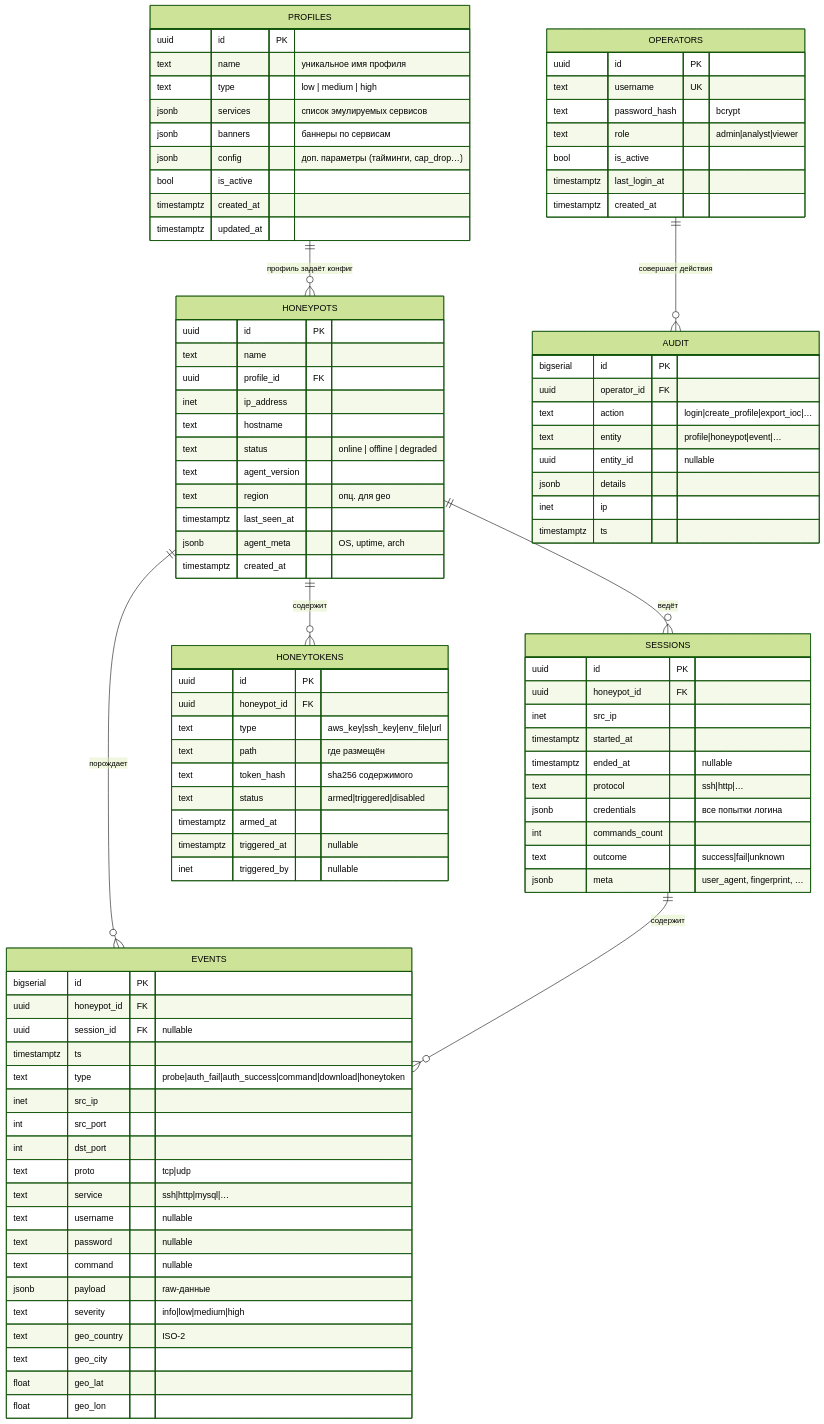
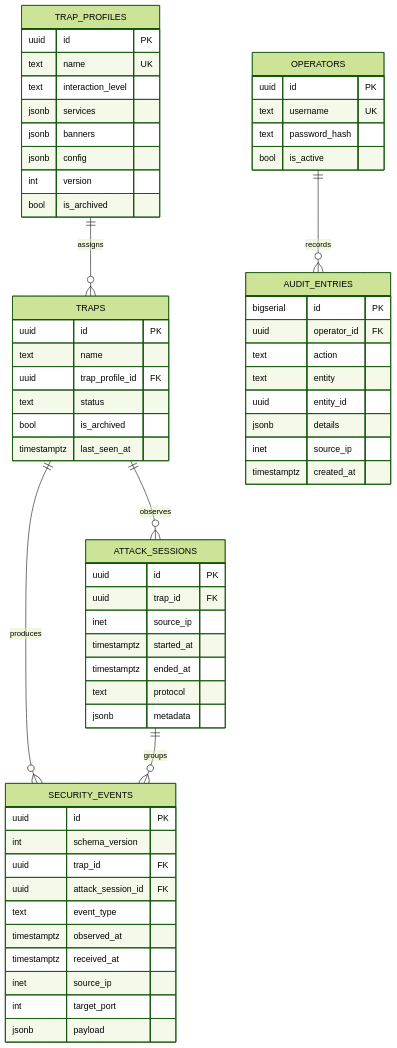
One commit to ArtiKn/HoneyForge changed the diagram in docs/database.mmd. Above: the diagram before and after it, drawn with Mermaid (forest theme). The commit also changed 29 other files, not shown here.

```diff
--- a/docs/database.mmd
+++ b/docs/database.mmd
@@ -1,101 +1,13 @@
 erDiagram
-    PROFILES ||--o{ HONEYPOTS : "профиль задаёт конфиг"
-    HONEYPOTS ||--o{ EVENTS : "порождает"
-    HONEYPOTS ||--o{ SESSIONS : "ведёт"
-    SESSIONS ||--o{ EVENTS : "содержит"
-    HONEYPOTS ||--o{ HONEYTOKENS : "содержит"
-    OPERATORS ||--o{ AUDIT : "совершает действия"
+    TRAP_PROFILES ||--o{ TRAPS : assigns
+    TRAPS ||--o{ ATTACK_SESSIONS : observes
+    TRAPS ||--o{ SECURITY_EVENTS : produces
+    ATTACK_SESSIONS ||--o{ SECURITY_EVENTS : groups
+    OPERATORS ||--o{ AUDIT_ENTRIES : records
 
-    PROFILES {
-        uuid id PK
-        text name "уникальное имя профиля"
-        text type "low | medium | high"
-        jsonb services "список эмулируемых сервисов"
-        jsonb banners "баннеры по сервисам"
-        jsonb config "доп. параметры (тайминги, cap_drop…)"
-        bool is_active
-        timestamptz created_at
-        timestamptz updated_at
-    }
-
-    HONEYPOTS {
-        uuid id PK
-        text name
-        uuid profile_id FK
-        inet ip_address
-        text hostname
-        text status "online | offline | degraded"
-        text agent_version
-        text region "опц. для geo"
-        timestamptz last_seen_at
-        jsonb agent_meta "OS, uptime, arch"
-        timestamptz created_at
-    }
-
-    EVENTS {
-        bigserial id PK
-        uuid honeypot_id FK
-        uuid session_id FK "nullable"
-        timestamptz ts
-        text type "probe|auth_fail|auth_success|command|download|honeytoken"
-        inet src_ip
-        int src_port
-        int dst_port
-        text proto "tcp|udp"
-        text service "ssh|http|mysql|…"
-        text username "nullable"
-        text password "nullable"
-        text command "nullable"
-        jsonb payload "raw-данные"
-        text severity "info|low|medium|high"
-        text geo_country "ISO-2"
-        text geo_city
-        float geo_lat
-        float geo_lon
-    }
-
-    SESSIONS {
-        uuid id PK
-        uuid honeypot_id FK
-        inet src_ip
-        timestamptz started_at
-        timestamptz ended_at "nullable"
-        text protocol "ssh|http|…"
-        jsonb credentials "все попытки логина"
-        int commands_count
-        text outcome "success|fail|unknown"
-        jsonb meta "user_agent, fingerprint, …"
-    }
-
-    HONEYTOKENS {
-        uuid id PK
-        uuid honeypot_id FK
-        text type "aws_key|ssh_key|env_file|url"
-        text path "где размещён"
-        text token_hash "sha256 содержимого"
-        text status "armed|triggered|disabled"
-        timestamptz armed_at
-        timestamptz triggered_at "nullable"
-        inet triggered_by "nullable"
-    }
-
-    OPERATORS {
-        uuid id PK
-        text username UK
-        text password_hash "bcrypt"
-        text role "admin|analyst|viewer"
-        bool is_active
-        timestamptz last_login_at
-        timestamptz created_at
-    }
-
-    AUDIT {
-        bigserial id PK
-        uuid operator_id FK
-        text action "login|create_profile|export_ioc|…"
-        text entity "profile|honeypot|event|…"
-        uuid entity_id "nullable"
-        jsonb details
-        inet ip
-        timestamptz ts
-    }
+    TRAP_PROFILES { uuid id PK text name UK text interaction_level jsonb services jsonb banners jsonb config int version bool is_archived }
+    TRAPS { uuid id PK text name uuid trap_profile_id FK text status bool is_archived timestamptz last_seen_at }
+    ATTACK_SESSIONS { uuid id PK uuid trap_id FK inet source_ip timestamptz started_at timestamptz ended_at text protocol jsonb metadata }
+    SECURITY_EVENTS { uuid id PK int schema_version uuid trap_id FK uuid attack_session_id FK text event_type timestamptz observed_at timestamptz received_at inet source_ip int target_port jsonb payload }
+    OPERATORS { uuid id PK text username UK text password_hash bool is_active }
+    AUDIT_ENTRIES { bigserial id PK uuid operator_id FK text action text entity uuid entity_id jsonb details inet source_ip timestamptz created_at }
```
